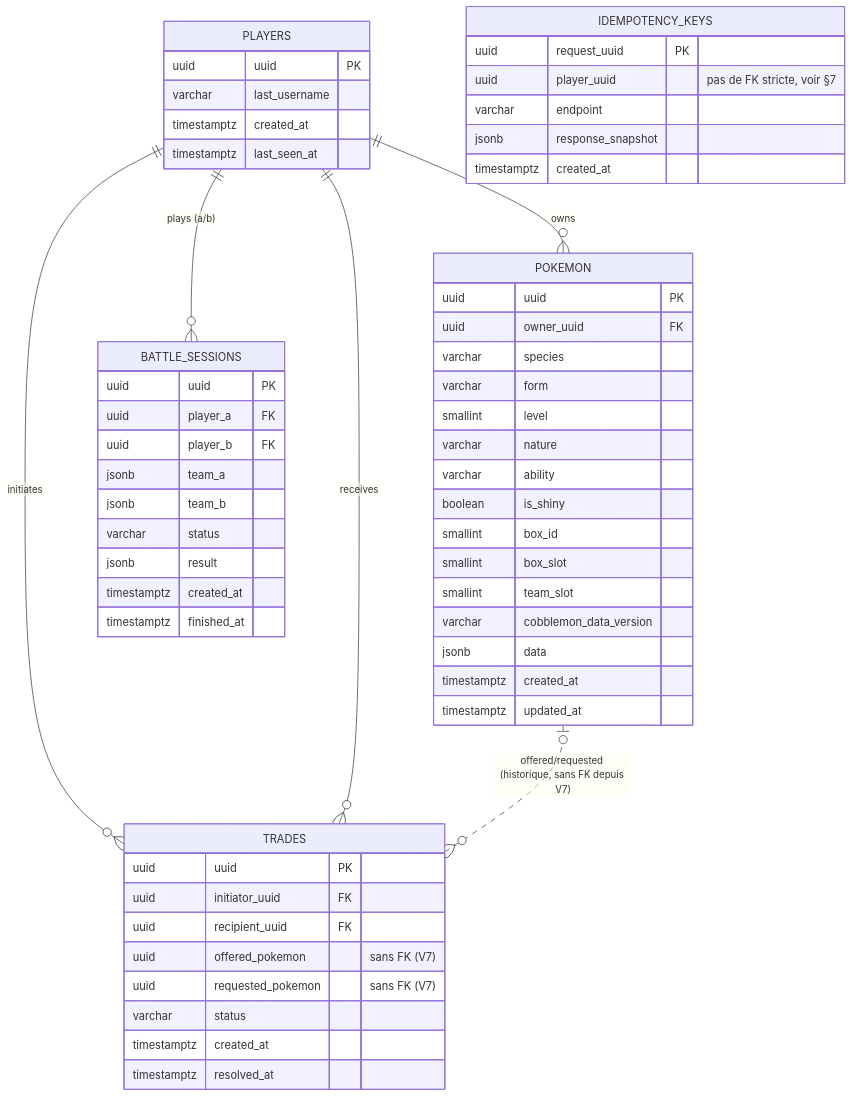
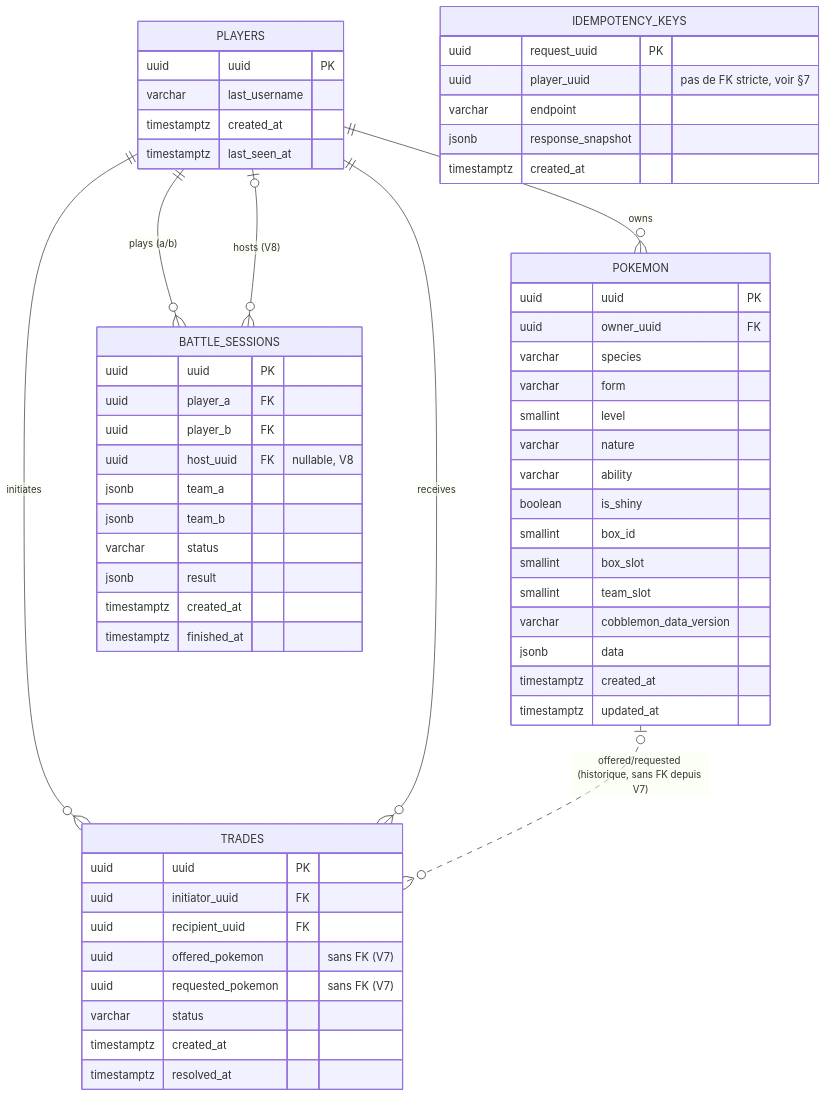
The diagram in Documentation/PHANTASMON_DB_SCHEMA.md (TrAdrienGit/Phantasmon-Backend), drawn with Mermaid before and after one commit. The commit also changed other lines of this file and 8 other files, not shown here.

First line of the commit message:
Implement live battle functionality and update database schema

````diff
--- a/Documentation/PHANTASMON_DB_SCHEMA.md
+++ b/Documentation/PHANTASMON_DB_SCHEMA.md
@@ -62,64 +62,66 @@
 ```mermaid
 erDiagram
     PLAYERS ||--o{ POKEMON : owns
     PLAYERS ||--o{ TRADES : initiates
     PLAYERS ||--o{ TRADES : receives
     PLAYERS ||--o{ BATTLE_SESSIONS : "plays (a/b)"
+    PLAYERS |o--o{ BATTLE_SESSIONS : "hosts (V8)"
     POKEMON |o..o{ TRADES : "offered/requested (historique, sans FK depuis V7)"
 
     PLAYERS {
         uuid uuid PK
         varchar last_username
         timestamptz created_at
         timestamptz last_seen_at
     }
 
     POKEMON {
         uuid uuid PK
         uuid owner_uuid FK
         varchar species
         varchar form
         smallint level
         varchar nature
         varchar ability
         boolean is_shiny
         smallint box_id
         smallint box_slot
         smallint team_slot
         varchar cobblemon_data_version
         jsonb data
         timestamptz created_at
         timestamptz updated_at
     }
 
     TRADES {
         uuid uuid PK
         uuid initiator_uuid FK
         uuid recipient_uuid FK
         uuid offered_pokemon "sans FK (V7)"
         uuid requested_pokemon "sans FK (V7)"
         varchar status
         timestamptz created_at
         timestamptz resolved_at
     }
 
     BATTLE_SESSIONS {
         uuid uuid PK
         uuid player_a FK
         uuid player_b FK
+        uuid host_uuid FK "nullable, V8"
         jsonb team_a
         jsonb team_b
         varchar status
         jsonb result
         timestamptz created_at
         timestamptz finished_at
     }
 
     IDEMPOTENCY_KEYS {
         uuid request_uuid PK
         uuid player_uuid "pas de FK stricte, voir §7"
         varchar endpoint
         jsonb response_snapshot
         timestamptz created_at
     }
 ```
````
